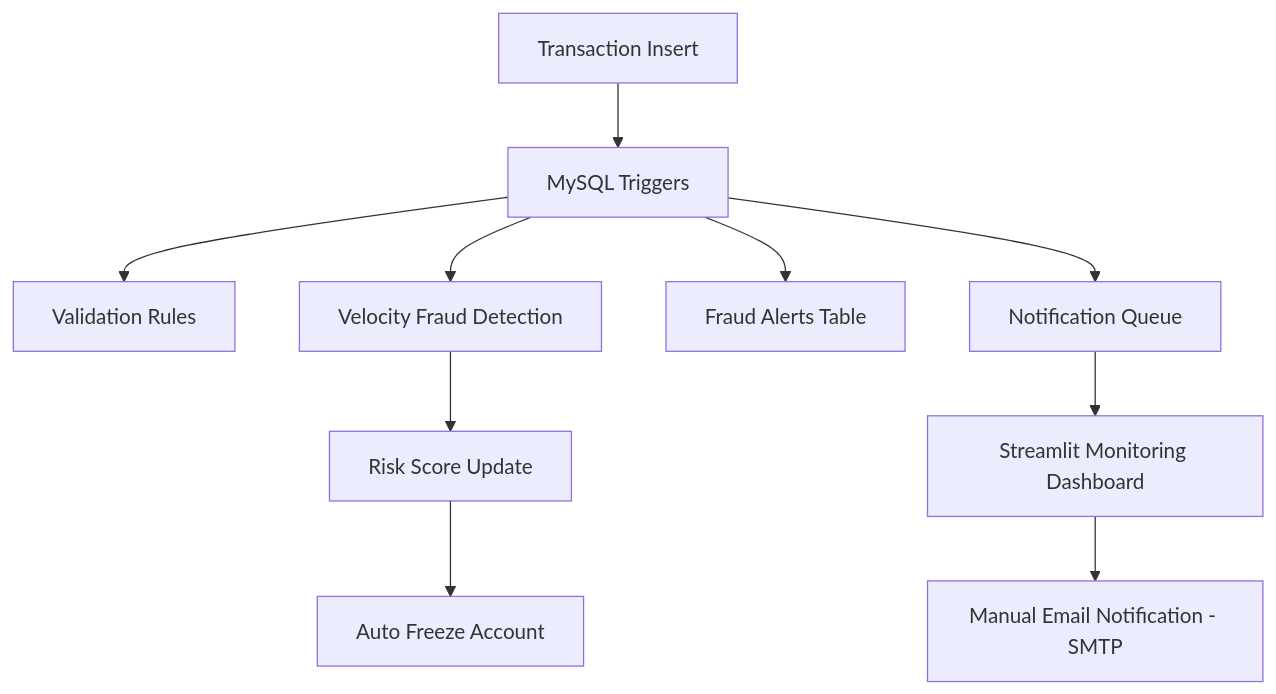
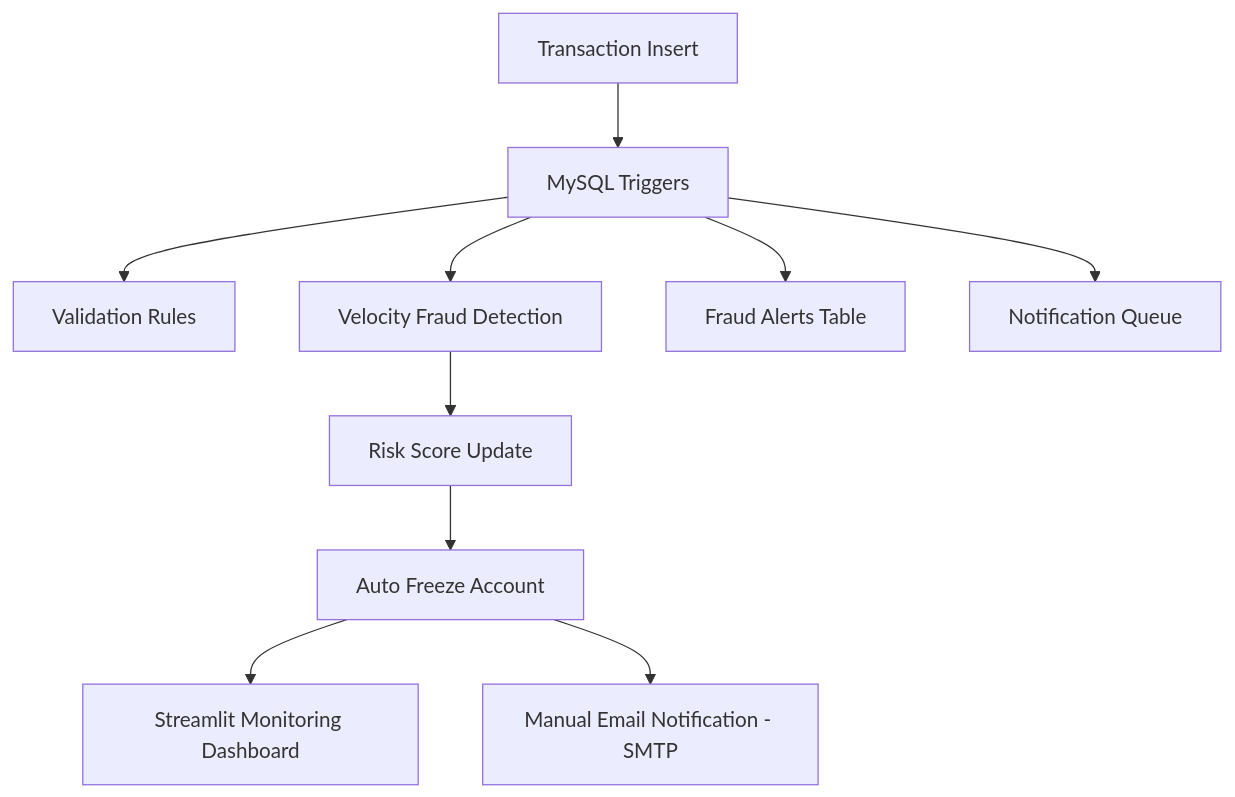
Before and after one commit to kishorem1206/Database-Driven-Fraud-Detection-System: the diagram in README.md, drawn with Mermaid.

Commit message:
Modified System architecture

````diff
--- a/README.md
+++ b/README.md
@@ -35,15 +35,16 @@
 ```mermaid
 flowchart TD
     A[Transaction Insert] --> B[MySQL Triggers]
     
     B --> C[Validation Rules]
     B --> D[Velocity Fraud Detection]
     D --> E[Risk Score Update]
     E --> F[Auto Freeze Account]
     
     B --> G[Fraud Alerts Table]
     B --> H[Notification Queue]
     
-    H --> I[Streamlit Monitoring Dashboard]
-    I --> J[Manual Email Notification - SMTP]
+    %% Python-based components
+    F --> I[Streamlit Monitoring Dashboard]
+    F --> J[Manual Email Notification - SMTP]
 ```
````
